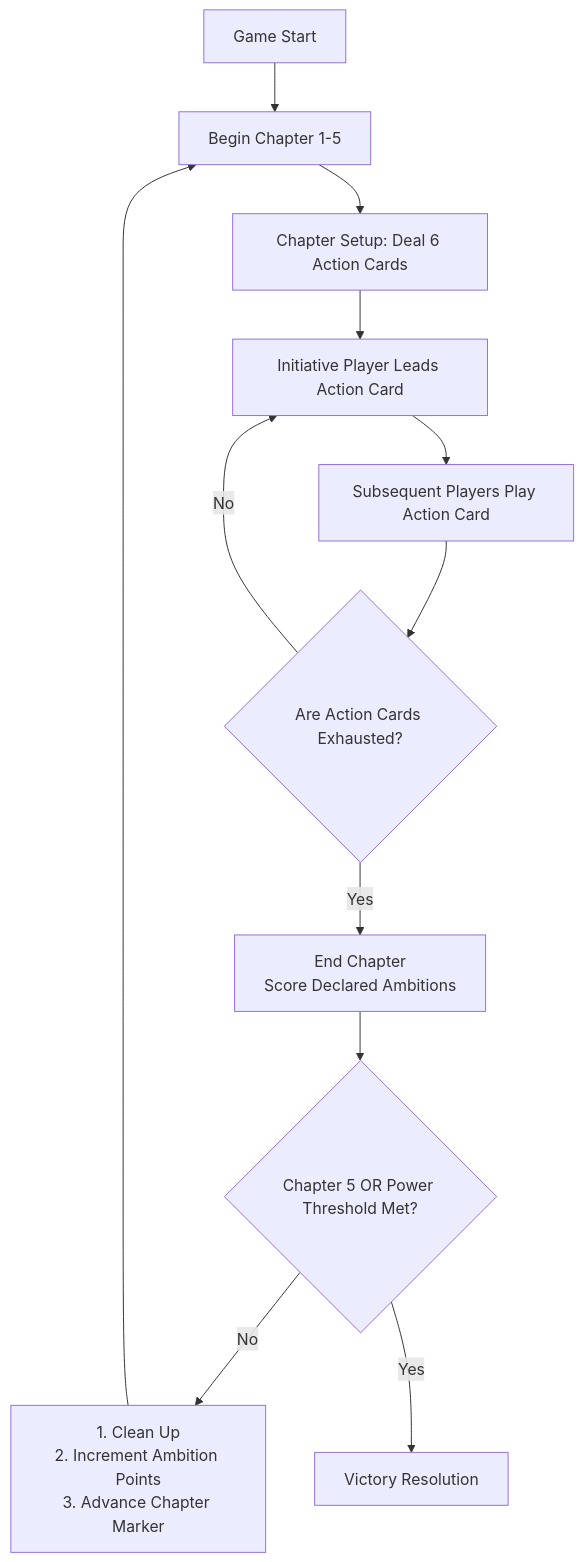
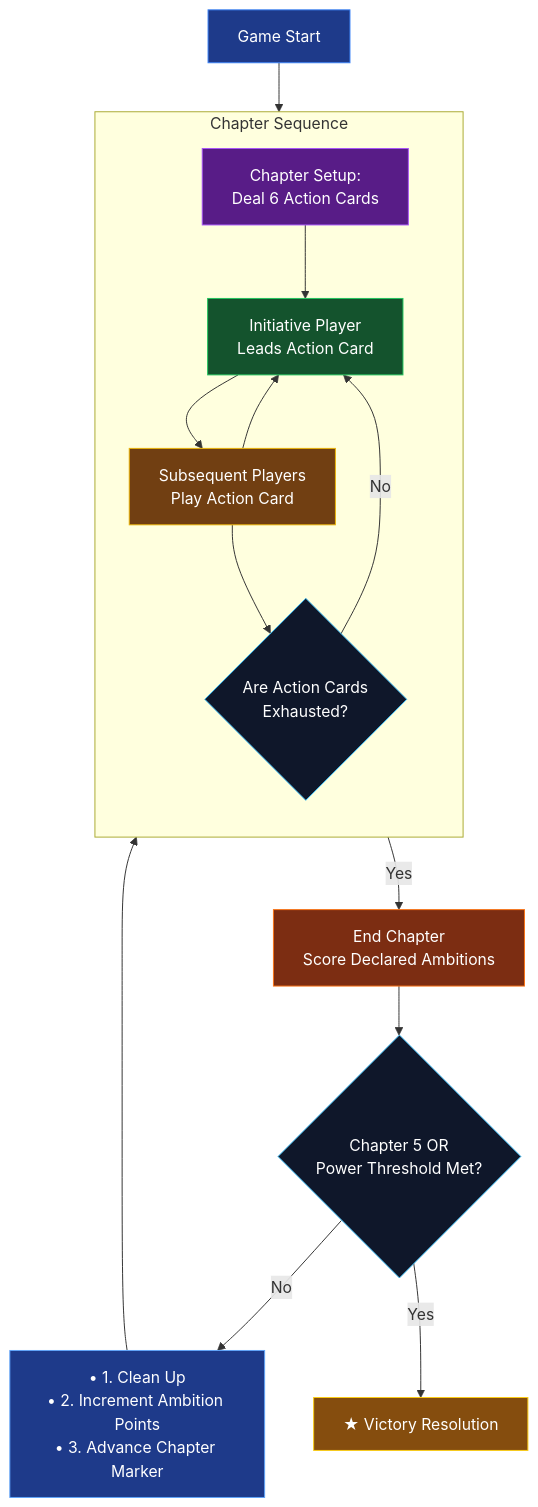
One commit to drts01/game-notes changed the diagram in arcs.md. Above: the diagram before and after it, drawn with Mermaid.

Commit message:
fix(arcs): improve game overview diagram

````diff
--- a/arcs.md
+++ b/arcs.md
@@ -52,14 +52,40 @@
 ```mermaid
 graph TD
-    A[Game Start] --> B[Begin Chapter 1-5]
-    B --> C[Chapter Setup: Deal 6 Action Cards]
-    C --> D[Initiative Player Leads Action Card]
-    D --> E[Subsequent Players Play Action Card]
-    E --> F{Are Action Cards Exhausted?}
-    F -- No --> D
-    F -- Yes --> G[End Chapter\nScore Declared Ambitions]
-    G --> I{Chapter 5 OR Power Threshold Met?}
-    I -- No --> J[1. Clean Up\n2. Increment Ambition Points\n3. Advance Chapter Marker]
+    A[Game Start] --> B
+
+    subgraph B["Chapter Sequence"]
+        direction TB
+        C["Chapter Setup:<br/>Deal 6 Action Cards"] --> D["Initiative Player<br/>Leads Action Card"]
+        D --> E["Subsequent Players<br/>Play Action Card"]
+        E --> D
+        E --> F{"Are Action Cards<br/>Exhausted?"}
+        F -- No --> D
+    end
+
+    F -- Yes --> G["End Chapter<br/>Score Declared Ambitions"]
+    G --> I{"Chapter 5 OR<br/>Power Threshold Met?"}
+
+    I -- No --> J["• 1. Clean Up<br/>• 2. Increment Ambition Points<br/>• 3. Advance Chapter Marker"]
     J --> B
-    I -- Yes --> K[Victory Resolution]
+
+    I -- Yes --> K["★ Victory Resolution"]
+
+    %% Styling
+    classDef startStyle fill:#1e3a8a,stroke:#3b82f6,color:#fff;
+    classDef setupStyle fill:#581c87,stroke:#a855f7,color:#fff;
+    classDef initStyle fill:#14532d,stroke:#22c55e,color:#fff;
+    classDef playStyle fill:#713f12,stroke:#eab308,color:#fff;
+    classDef decisionStyle fill:#0f172a,stroke:#38bdf8,color:#fff;
+    classDef endChapterStyle fill:#7c2d12,stroke:#f97316,color:#fff;
+    classDef cleanupStyle fill:#1e3a8a,stroke:#60a5fa,color:#fff;
+    classDef victoryStyle fill:#854d0e,stroke:#facc15,color:#fff;
+
+    class A startStyle;
+    class C setupStyle;
+    class D initStyle;
+    class E playStyle;
+    class F,I decisionStyle;
+    class G endChapterStyle;
+    class J cleanupStyle;
+    class K victoryStyle;
 ```
````
